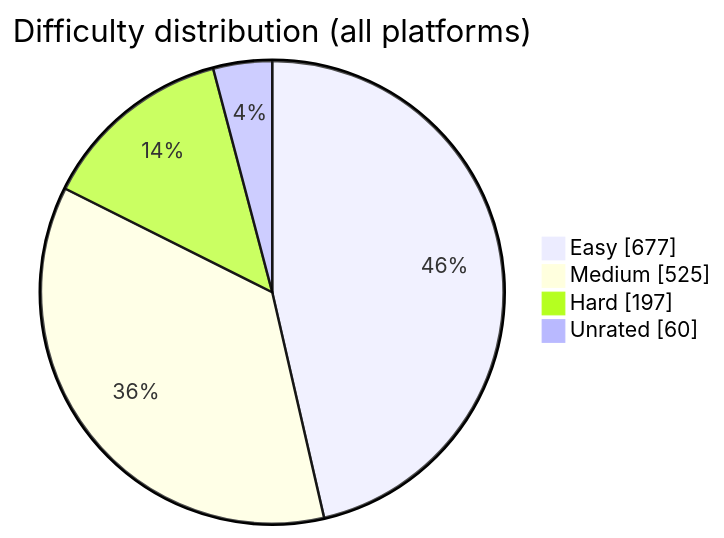
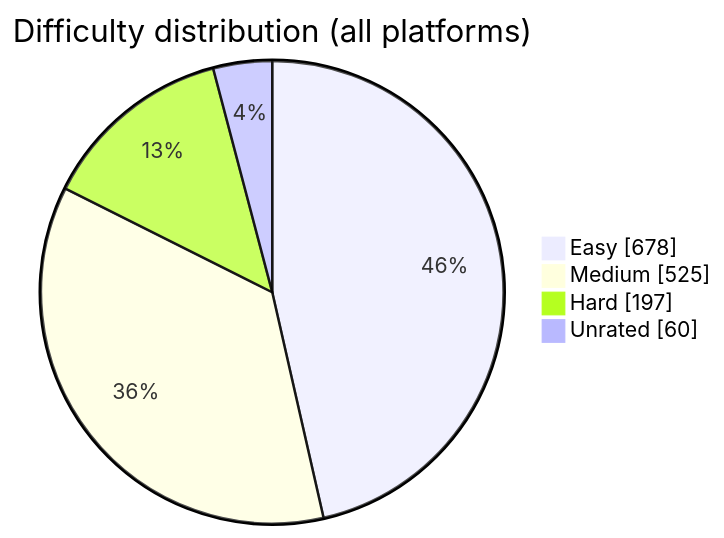
The diagram in README.md (BuildbyArindam/Daily-Coding-Log), drawn with Mermaid before and after one commit. The commit also changed other lines of this file, not shown here.

````diff
--- a/README.md
+++ b/README.md
@@ -93,7 +93,7 @@
 ```mermaid
 pie showData title Difficulty distribution (all platforms)
-    "Easy" : 677
+    "Easy" : 678
     "Medium" : 525
     "Hard" : 197
     "Unrated" : 60
 ```
````
